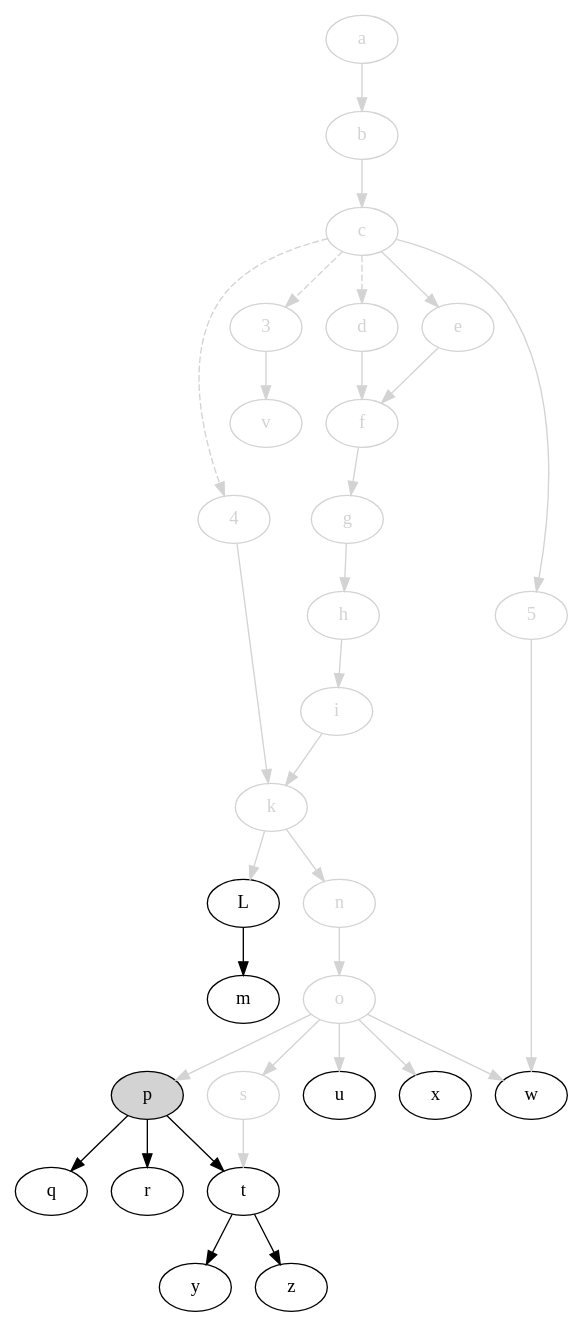
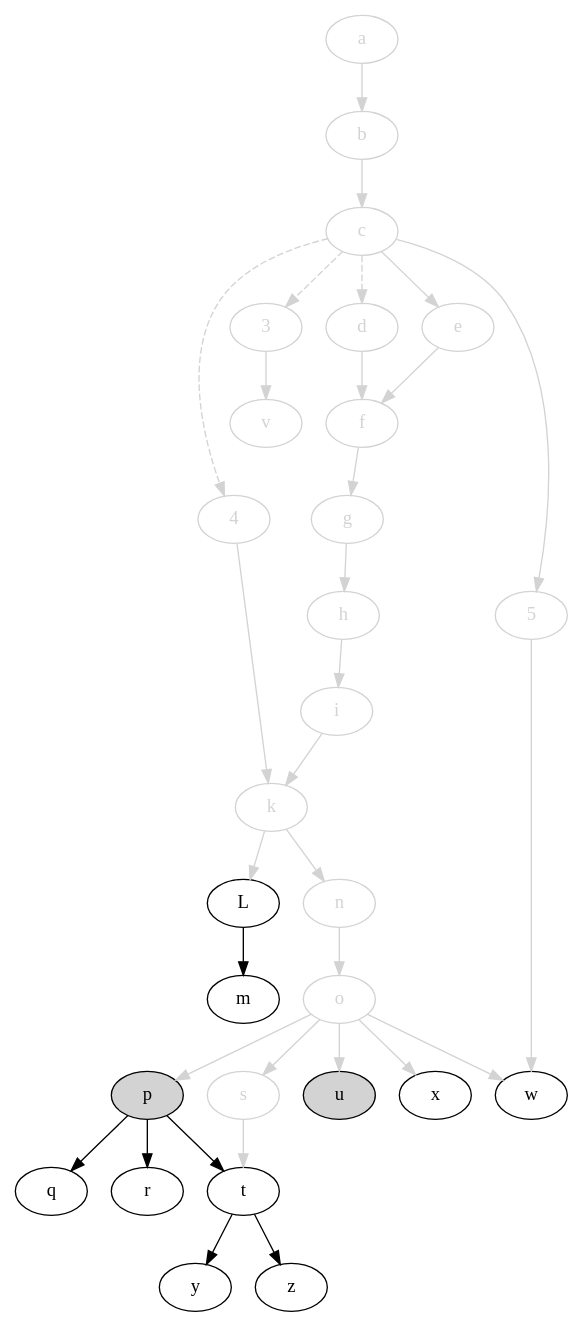
The diagram in svm-startup-deps.dot (jdmpapin/svm-startup-deps), drawn with Graphviz before and after one commit. The commit also changed 1 other file, not shown here.

```diff
--- a/svm-startup-deps.dot
+++ b/svm-startup-deps.dot
@@ -1,65 +1,65 @@
 digraph {
     // open: [style=filled,fillcolor=lightgrey]
     // closed: [color=lightgrey,fontcolor=lightgrey]
 
     4 [color=lightgrey,fontcolor=lightgrey];
     3 [color=lightgrey,fontcolor=lightgrey];
     a [color=lightgrey,fontcolor=lightgrey];
     b [color=lightgrey,fontcolor=lightgrey];
     c [color=lightgrey,fontcolor=lightgrey];
     d [color=lightgrey,fontcolor=lightgrey];
     e [color=lightgrey,fontcolor=lightgrey];
     f [color=lightgrey,fontcolor=lightgrey];
     g [color=lightgrey,fontcolor=lightgrey];
     h [color=lightgrey,fontcolor=lightgrey];
     i [color=lightgrey,fontcolor=lightgrey];
     k [color=lightgrey,fontcolor=lightgrey];
     L;
     m;
     5 [color=lightgrey,fontcolor=lightgrey];
     n [color=lightgrey,fontcolor=lightgrey];
     o [color=lightgrey,fontcolor=lightgrey];
     p [style=filled,fillcolor=lightgrey];
     q;
     r;
     s [color=lightgrey,fontcolor=lightgrey];
     t;
-    u;
+    u [style=filled,fillcolor=lightgrey];
     v [color=lightgrey,fontcolor=lightgrey];
     w;
     x;
     y;
     z;
 
     4 -> k [color=lightgrey];
     c -> 4 [style=dashed,color=lightgrey];
     c -> 3 [style=dashed,color=lightgrey];
     c -> d [style=dashed,color=lightgrey];
     3 -> v [color=lightgrey];
     a -> b [color=lightgrey];
     b -> c [color=lightgrey];
     c -> e [color=lightgrey];
     c -> 5 [color=lightgrey];
     d -> f [color=lightgrey];
     e -> f [color=lightgrey];
     f -> g [color=lightgrey];
     g -> h [color=lightgrey];
     h -> i [color=lightgrey];
     i -> k [color=lightgrey];
     k -> L [color=lightgrey];
     L -> m;
     k -> n [color=lightgrey];
     n -> o [color=lightgrey];
     o -> p [color=lightgrey];
     p -> q;
     p -> r;
     o -> s [color=lightgrey];
     s -> t [color=lightgrey];
     p -> t;
     o -> u [color=lightgrey];
     5 -> w [color=lightgrey];
     o -> w [color=lightgrey];
     o -> x [color=lightgrey];
     t -> y;
     t -> z;
 }
```
